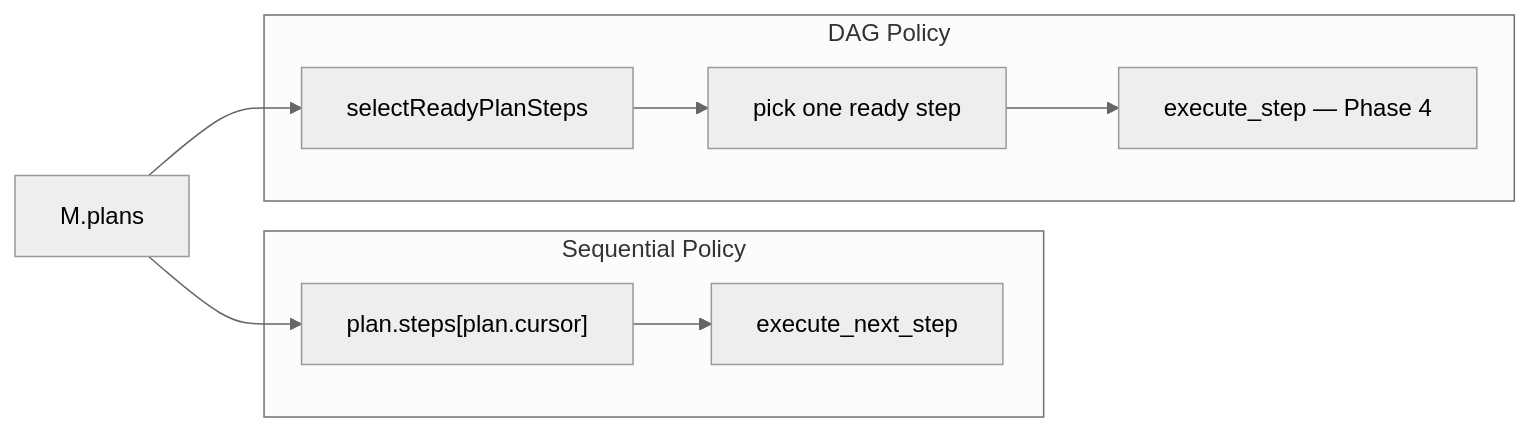
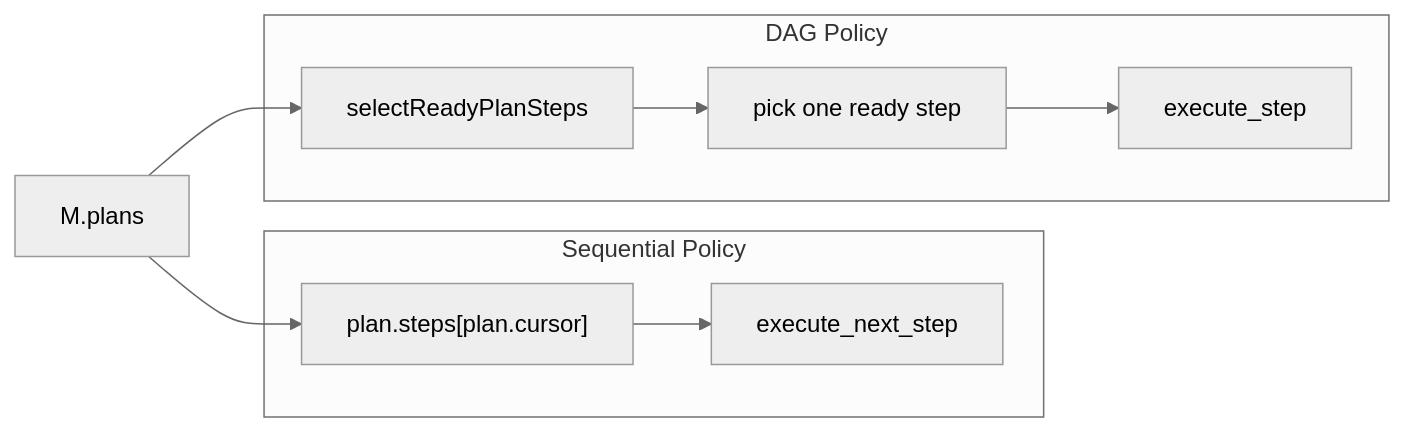
One commit to a2arium/callAgent changed the diagram in apps/docs/planning-harness/specs/plan-graph-helpers.md. Above: the diagram before and after it, drawn with Mermaid (neutral theme). The commit also changed other lines of this file and 72 other files, not shown here.

First line of the commit message:
feat(core): make one Plan schema the runtime truth

````diff
--- a/apps/docs/planning-harness/specs/plan-graph-helpers.md
+++ b/apps/docs/planning-harness/specs/plan-graph-helpers.md
@@ -70,16 +68,16 @@
 ```mermaid
 flowchart LR
   subgraph sequential [Sequential Policy]
     C["plan.steps[plan.cursor]"]
     N[execute_next_step]
     C --> N
   end
   subgraph dag [DAG Policy]
     H[selectReadyPlanSteps]
     P[pick one ready step]
-    E["execute_step — Phase 4"]
+    E[execute_step]
     H --> P --> E
   end
   M["M.plans"] --> C
   M --> H
 ```
````
